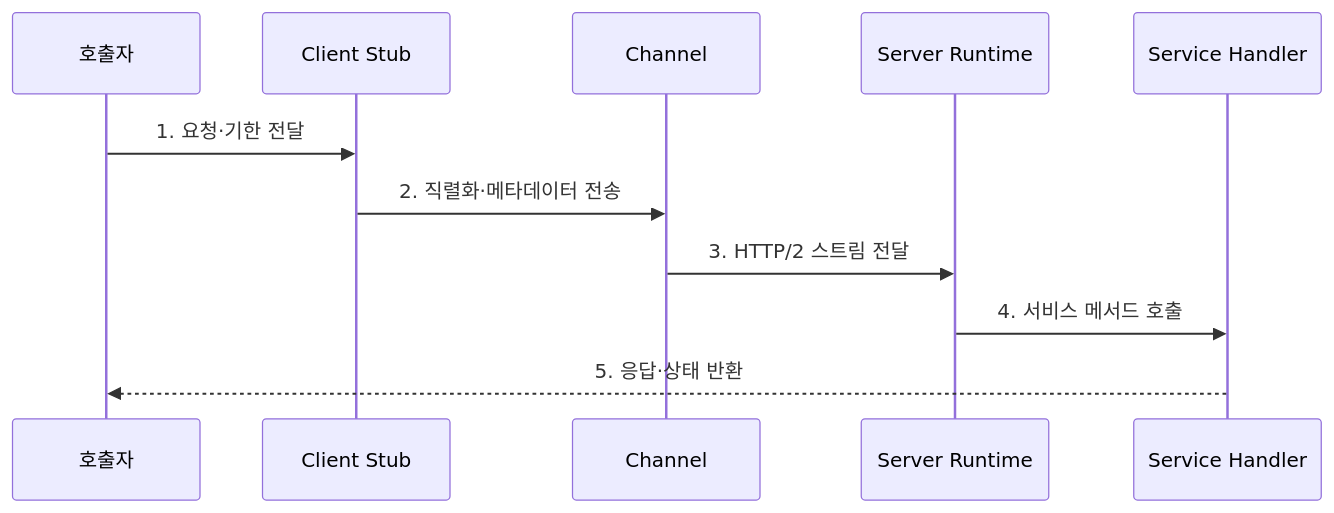
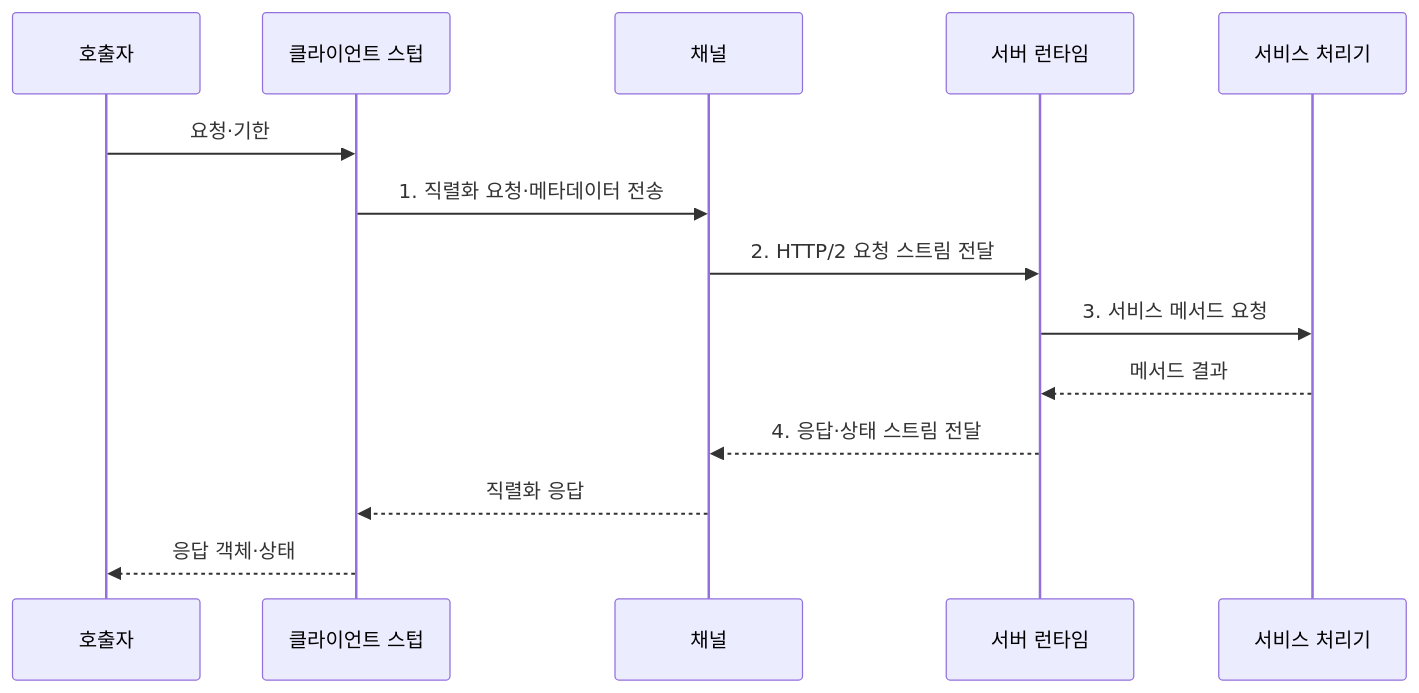
Before and after one commit to agnusdei1207/knowledge-base: the second of 2 diagrams in src/content/docs/notes/03-software/173_grpc.md, drawn with Mermaid. The commit also changed other lines of this file and 20 other files, not shown here.

````diff
--- a/src/content/docs/notes/03-software/173_grpc.md
+++ b/src/content/docs/notes/03-software/173_grpc.md
@@ -85,13 +95,16 @@
 ```mermaid
 sequenceDiagram
     participant A as 호출자
-    participant C as Client Stub
-    participant H as Channel
-    participant R as Server Runtime
-    participant S as Service Handler
-    A->>C: 1. 요청·기한 전달
-    C->>H: 2. 직렬화·메타데이터 전송
-    H->>R: 3. HTTP/2 스트림 전달
-    R->>S: 4. 서비스 메서드 호출
-    S-->>A: 5. 응답·상태 반환
+    participant C as 클라이언트 스텁
+    participant H as 채널
+    participant R as 서버 런타임
+    participant S as 서비스 처리기
+    A->>C: 요청·기한
+    C->>H: 1. 직렬화 요청·메타데이터 전송
+    H->>R: 2. HTTP/2 요청 스트림 전달
+    R->>S: 3. 서비스 메서드 요청
+    S-->>R: 메서드 결과
+    R-->>H: 4. 응답·상태 스트림 전달
+    H-->>C: 직렬화 응답
+    C-->>A: 응답 객체·상태
 ```
````
